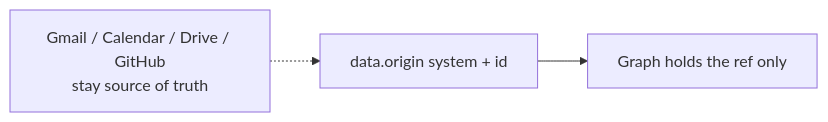
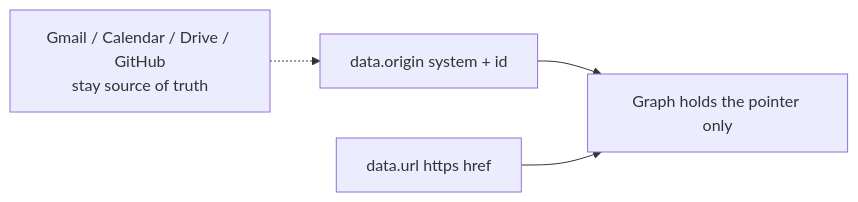
The eighth of 11 diagrams in docs/ARCHITECTURE.md (dgraziosi/foundation), drawn with Mermaid before and after one commit. The commit also changed other lines of this file and 10 other files, not shown here.

First line of the commit message:
Design living SoT pointer as origin plus data.url

````diff
--- a/docs/ARCHITECTURE.md
+++ b/docs/ARCHITECTURE.md
@@ -215,8 +216,10 @@
 ```mermaid
 flowchart LR
   sot["Gmail / Calendar / Drive / GitHub<br/>stay source of truth"]
   origin_ref["data.origin system + id"]
-  holds_ref["Graph holds the ref only"]
+  url_ref["data.url https href"]
+  holds_ref["Graph holds the pointer only"]
   sot -.-> origin_ref
   origin_ref --> holds_ref
+  url_ref --> holds_ref
 ```
````
